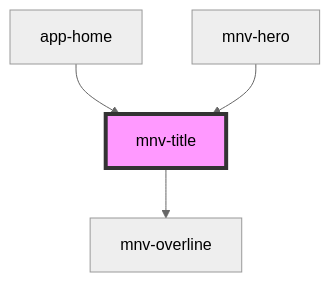
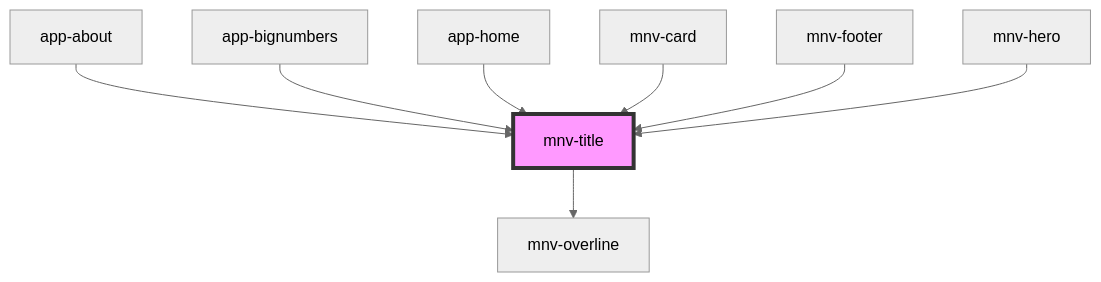
The diagram in src/components/typography/mnv-title/readme.md (rafaela-vairo/ufrj-sustainable), drawn with Mermaid (neutral theme) before and after one commit. The commit also changed other lines of this file and 25 other files, not shown here.

````diff
--- a/src/components/typography/mnv-title/readme.md
+++ b/src/components/typography/mnv-title/readme.md
@@ -28,7 +32,11 @@
 ```mermaid
 graph TD;
   mnv-title --> mnv-overline
+  app-about --> mnv-title
+  app-bignumbers --> mnv-title
   app-home --> mnv-title
+  mnv-card --> mnv-title
+  mnv-footer --> mnv-title
   mnv-hero --> mnv-title
   style mnv-title fill:#f9f,stroke:#333,stroke-width:4px
 ```
````
